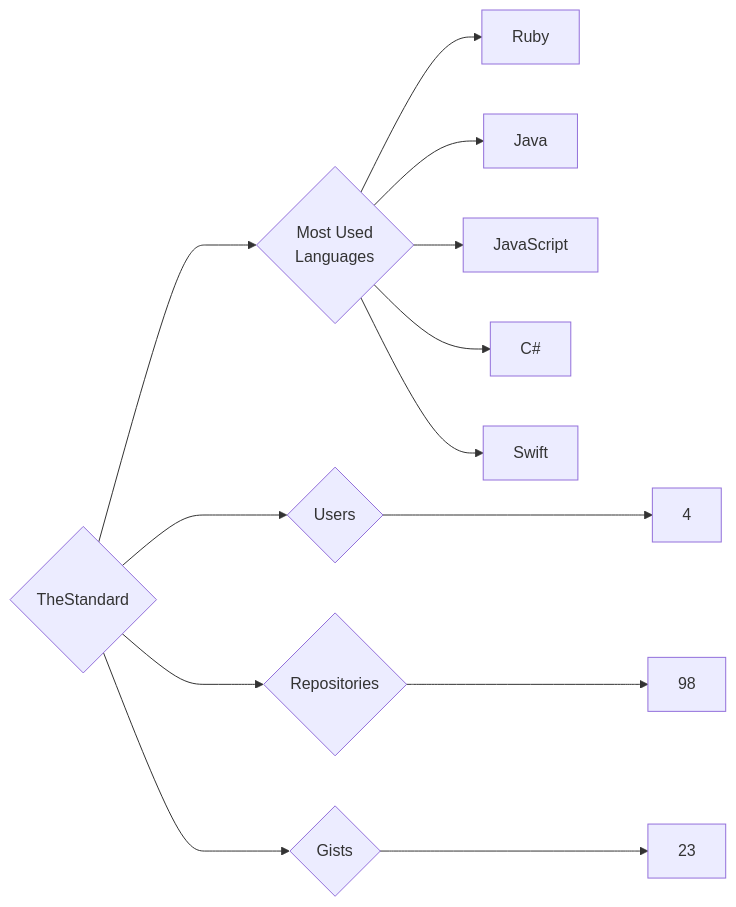
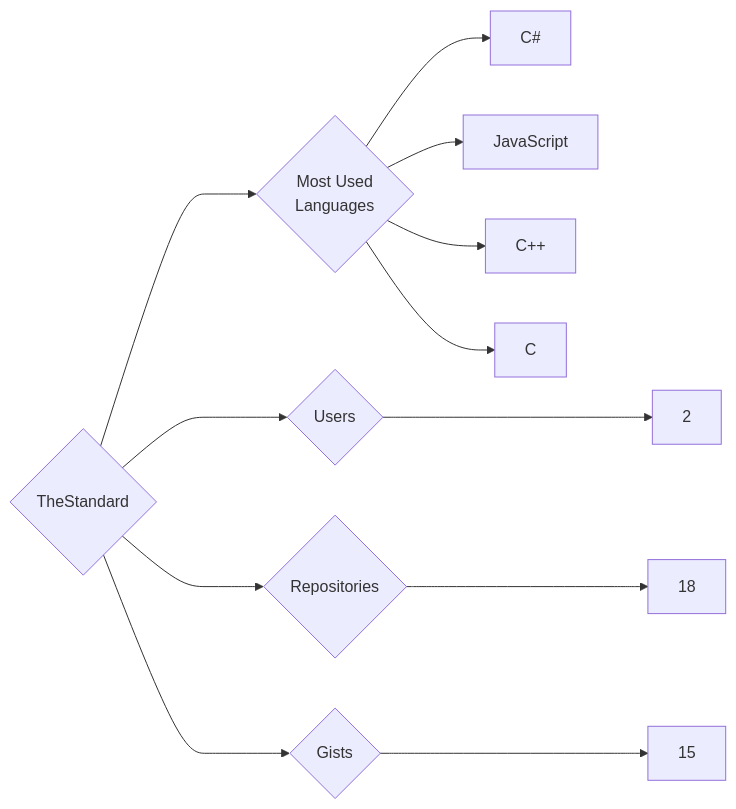
One commit to trickest/insiders changed the diagram in targets/TheStandard/README.md. Above: the diagram before and after it, drawn with Mermaid. The commit also changed 1484 other files, not shown here.

````diff
--- a/targets/TheStandard/README.md
+++ b/targets/TheStandard/README.md
@@ -3,13 +3,12 @@
 ```mermaid
 graph LR
 COMPANY_NAME{TheStandard}
-COMPANY_NAME ---> U{Users} ---> UN[4]
-COMPANY_NAME ---> R{Repositories} ---> RN[98]
-COMPANY_NAME ---> G{Gists} ---> GN[23]
+COMPANY_NAME ---> U{Users} ---> UN[2]
+COMPANY_NAME ---> R{Repositories} ---> RN[18]
+COMPANY_NAME ---> G{Gists} ---> GN[15]
 COMPANY_NAME ---> ML{Most Used<br>Languages}
-ML --> Ruby[Ruby]
-ML --> Java[Java]
+ML --> C#[C#]
 ML --> JavaScript[JavaScript]
-ML --> C#[C#]
-ML --> Swift[Swift]
+ML --> C++[C++]
+ML --> C[C]
 ```
````
